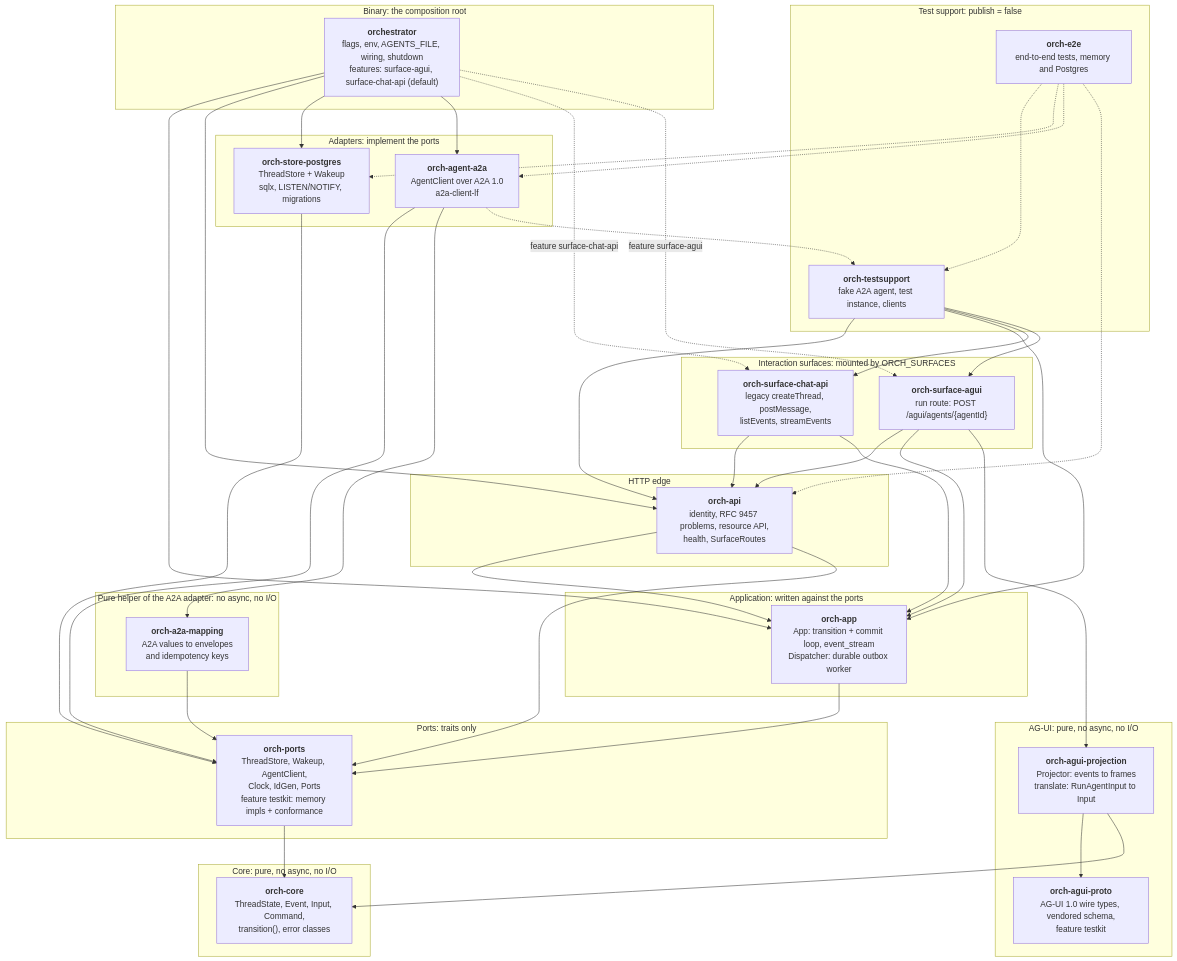
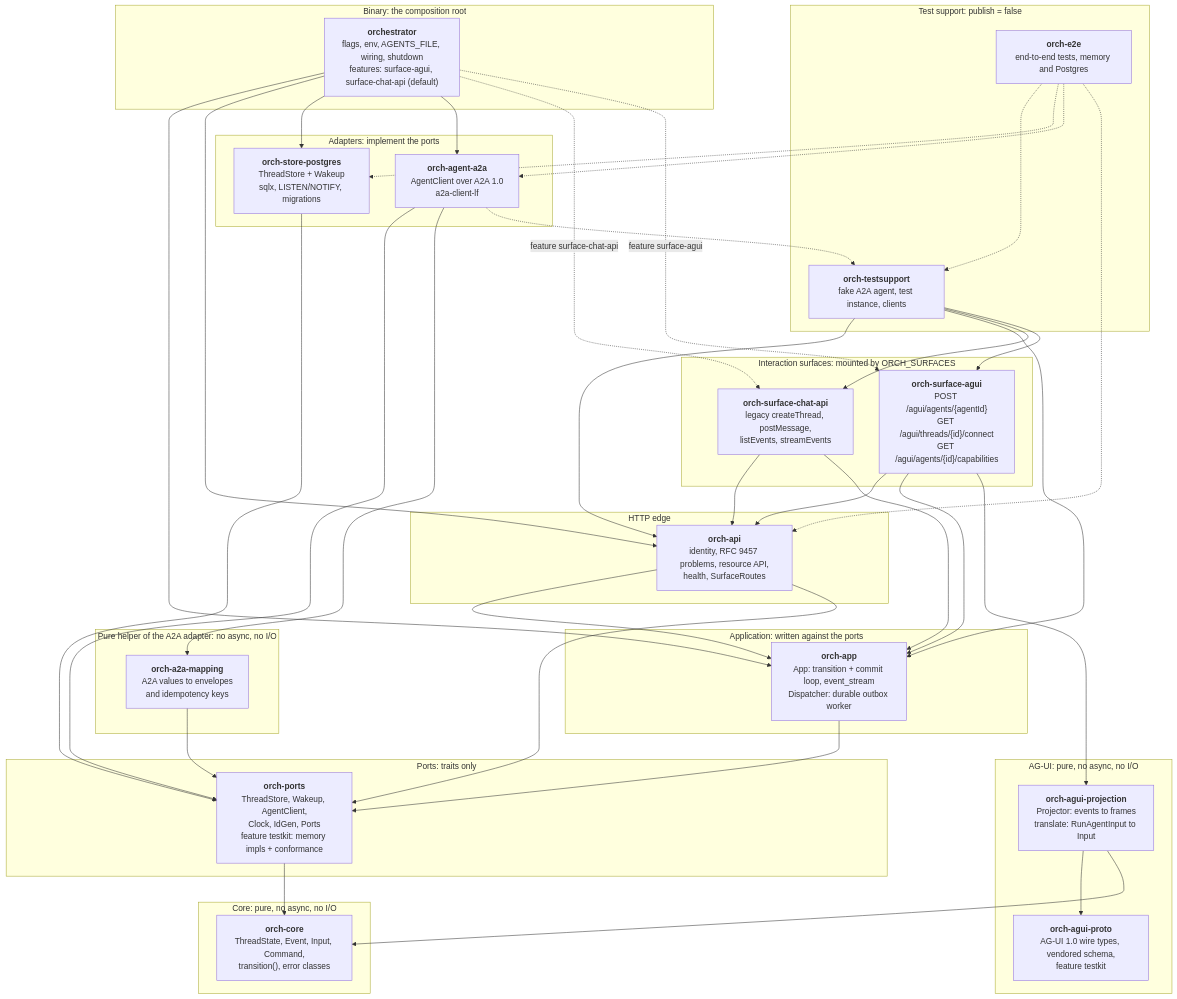
Before and after one commit to vymalo/another-agentic-system: the first of 10 diagrams in docs/orchestrator.md, drawn with Mermaid. The commit also changed other lines of this file and 56 other files, not shown here.

````diff
--- a/docs/orchestrator.md
+++ b/docs/orchestrator.md
@@ -58,70 +58,70 @@
 ```mermaid
 flowchart TB
   subgraph G_CORE["Core: pure, no async, no I/O"]
     core["<b>orch-core</b><br/>ThreadState, Event, Input, Command,<br/>transition(), error classes"]
   end
   subgraph G_PORTS["Ports: traits only"]
     ports["<b>orch-ports</b><br/>ThreadStore, Wakeup, AgentClient,<br/>Clock, IdGen, Ports<br/>feature testkit: memory impls + conformance"]
   end
   subgraph G_ADAPT["Adapters: implement the ports"]
     pg["<b>orch-store-postgres</b><br/>ThreadStore + Wakeup<br/>sqlx, LISTEN/NOTIFY, migrations"]
     a2a["<b>orch-agent-a2a</b><br/>AgentClient over A2A 1.0<br/>a2a-client-lf"]
   end
   subgraph G_MAP["Pure helper of the A2A adapter: no async, no I/O"]
     a2amap["<b>orch-a2a-mapping</b><br/>A2A values to envelopes<br/>and idempotency keys"]
   end
   subgraph G_APP["Application: written against the ports"]
     app["<b>orch-app</b><br/>App: transition + commit loop, event_stream<br/>Dispatcher: durable outbox worker"]
   end
   subgraph G_EDGE["HTTP edge"]
     api["<b>orch-api</b><br/>identity, RFC 9457 problems, resource API,<br/>health, SurfaceRoutes"]
   end
   subgraph G_SURF["Interaction surfaces: mounted by ORCH_SURFACES"]
     chat["<b>orch-surface-chat-api</b><br/>legacy createThread, postMessage,<br/>listEvents, streamEvents"]
-    surfagui["<b>orch-surface-agui</b><br/>run route: POST /agui/agents/{agentId}"]
+    surfagui["<b>orch-surface-agui</b><br/>POST /agui/agents/{agentId}<br/>GET /agui/threads/{id}/connect<br/>GET /agui/agents/{id}/capabilities"]
   end
   subgraph G_AGUI["AG-UI: pure, no async, no I/O"]
     proto["<b>orch-agui-proto</b><br/>AG-UI 1.0 wire types, vendored schema,<br/>feature testkit"]
     proj["<b>orch-agui-projection</b><br/>Projector: events to frames<br/>translate: RunAgentInput to Input"]
   end
   subgraph G_BIN["Binary: the composition root"]
     bin["<b>orchestrator</b><br/>flags, env, AGENTS_FILE, wiring, shutdown<br/>features: surface-agui, surface-chat-api (default)"]
   end
   subgraph G_TEST["Test support: publish = false"]
     ts["<b>orch-testsupport</b><br/>fake A2A agent, test instance, clients"]
     e2e["<b>orch-e2e</b><br/>end-to-end tests, memory and Postgres"]
   end
 
   ports --> core
   pg --> ports
   a2a --> ports
   a2a --> a2amap
   a2amap --> ports
   app --> ports
   api --> app
   api --> ports
   chat --> api
   chat --> app
   proj --> proto
   proj --> core
   bin --> app
   bin --> api
   bin --> pg
   bin --> a2a
   bin -. "feature surface-chat-api" .-> chat
   bin -. "feature surface-agui" .-> surfagui
   surfagui --> api
   surfagui --> app
   surfagui --> proj
   ts --> api
   ts --> app
   ts --> chat
   ts --> surfagui
   e2e -.-> ts
   e2e -.-> pg
   e2e -.-> a2a
   e2e -.-> api
   a2a -.-> ts
 
   classDef planned stroke-dasharray: 5 5,fill:none
 ```
````
